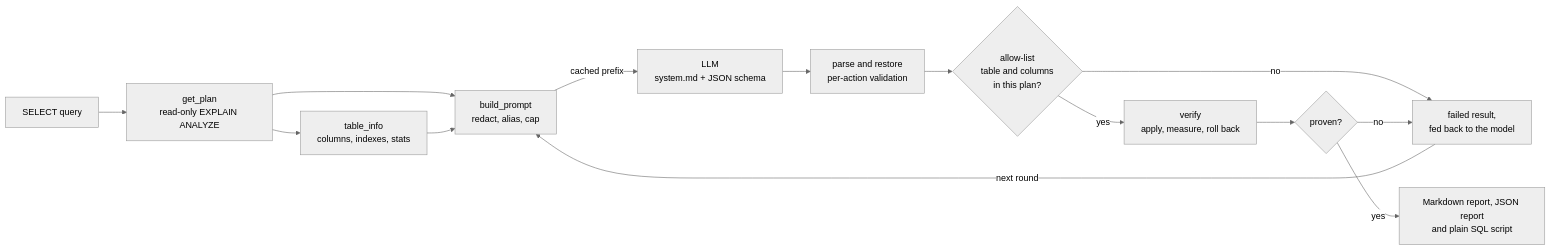
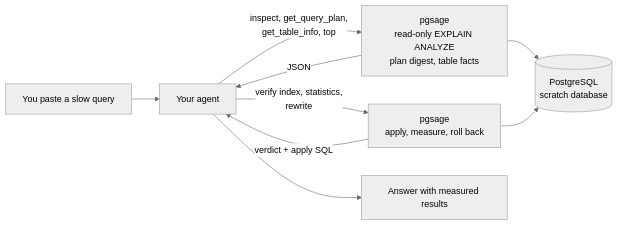
The diagram in docs/architecture.md (Rohatsahin/pgsage), drawn with Mermaid (neutral theme) before and after one commit. The commit also changed other lines of this file and 44 other files, not shown here.

First line of the commit message:
Make pgsage agent-first: thin JSON CLI, MCP server, and a skill

````diff
--- a/docs/architecture.md
+++ b/docs/architecture.md
@@ -6,16 +7,11 @@
 ```mermaid
 flowchart LR
-    Q[SELECT query] --> P[get_plan<br/>read-only EXPLAIN ANALYZE]
-    P --> C[table_info<br/>columns, indexes, stats]
-    P --> B[build_prompt<br/>redact, alias, cap]
-    C --> B
-    B -->|cached prefix| L[LLM<br/>system.md + JSON schema]
-    L --> R[parse and restore<br/>per-action validation]
-    R --> A{allow-list<br/>table and columns<br/>in this plan?}
-    A -- no --> F[failed result,<br/>fed back to the model]
-    A -- yes --> V[verify<br/>apply, measure, roll back]
-    V --> J{proven?}
-    J -- yes --> M[Markdown report, JSON report<br/>and plain SQL script]
-    J -- no --> F
-    F -->|next round| B
+    U[You paste a slow query] --> G[Your agent]
+    G -->|inspect, get_query_plan,<br/>get_table_info, top| I[pgsage<br/>read-only EXPLAIN ANALYZE<br/>plan digest, table facts]
+    I --> DB[(PostgreSQL<br/>scratch database)]
+    G -->|verify index, statistics,<br/>rewrite| V[pgsage<br/>apply, measure, roll back]
+    V --> DB
+    V -->|verdict + apply SQL| G
+    I -->|JSON| G
+    G --> U2[Answer with measured results]
 ```
````
